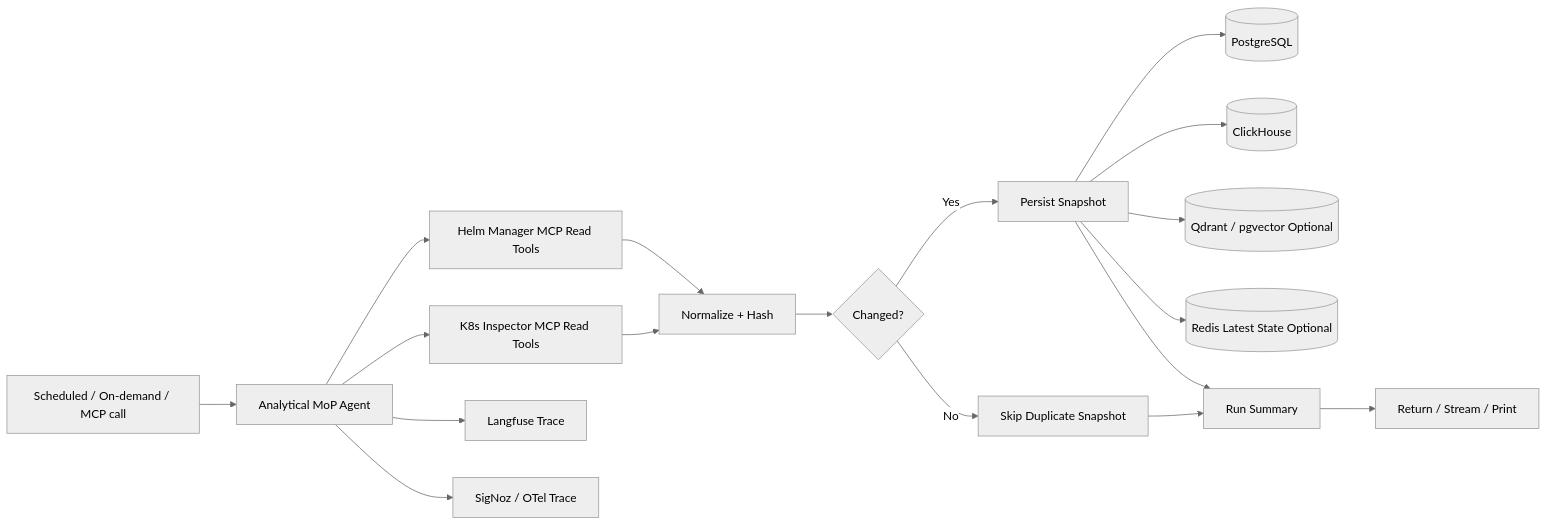
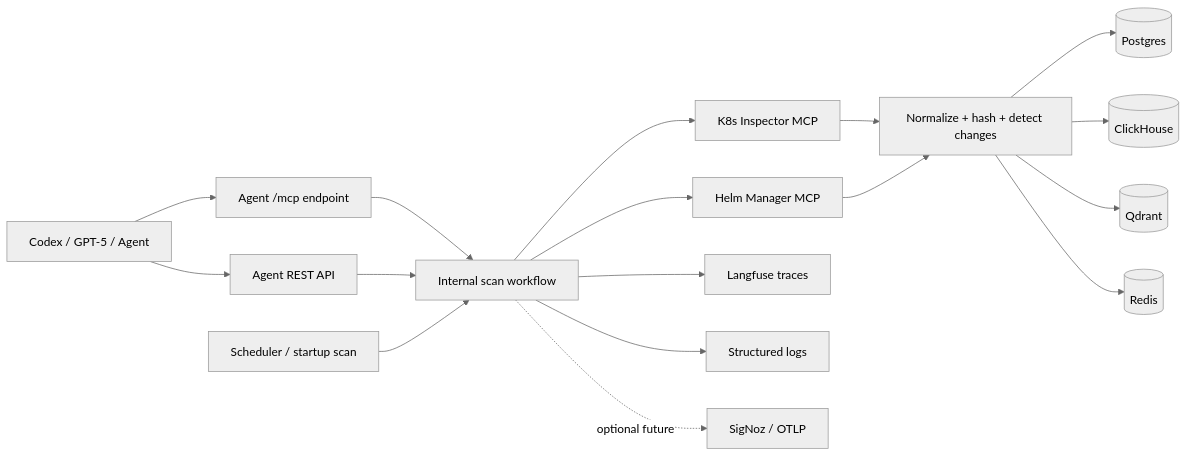
One commit to aveeshek/bosgenesis-k8s-data-ingestion-agent changed the first of 2 diagrams in docs/01_SPEC_ANALYTICAL_MOP_AGENT.md. Above: the diagram before and after it, drawn with Mermaid (neutral theme). The commit also changed other lines of this file and 4 other files, not shown here.

````diff
--- a/docs/01_SPEC_ANALYTICAL_MOP_AGENT.md
+++ b/docs/01_SPEC_ANALYTICAL_MOP_AGENT.md
@@ -463,26 +22,24 @@
 ```mermaid
 flowchart LR
-    Trigger[Scheduled / On-demand / MCP call] --> Agent[Analytical MoP Agent]
+    Client["Codex / GPT-5 / Agent"] --> MCP["Agent /mcp endpoint"]
+    Client --> REST["Agent REST API"]
 
-    Agent --> K8S[K8s Inspector MCP Read Tools]
-    Agent --> HELM[Helm Manager MCP Read Tools]
+    MCP --> Workflow["Internal scan workflow"]
+    REST --> Workflow
+    Scheduler["Scheduler / startup scan"] --> Workflow
 
-    K8S --> Normalize[Normalize + Hash]
-    HELM --> Normalize
+    Workflow --> K8S["K8s Inspector MCP"]
+    Workflow --> Helm["Helm Manager MCP"]
 
-    Normalize --> Changed{Changed?}
-    Changed -->|No| Skip[Skip Duplicate Snapshot]
-    Changed -->|Yes| Persist[Persist Snapshot]
+    K8S --> Normalize["Normalize + hash + detect changes"]
+    Helm --> Normalize
 
-    Persist --> PG[(PostgreSQL)]
-    Persist --> CH[(ClickHouse)]
-    Persist --> QD[(Qdrant / pgvector Optional)]
-    Persist --> REDIS[(Redis Latest State Optional)]
+    Normalize --> Postgres[("Postgres")]
+    Normalize --> ClickHouse[("ClickHouse")]
+    Normalize --> Qdrant[("Qdrant")]
+    Normalize --> Redis[("Redis")]
 
-    Agent --> LF[Langfuse Trace]
-    Agent --> SZ[SigNoz / OTel Trace]
-
-    Skip --> Summary[Run Summary]
-    Persist --> Summary
-    Summary --> Caller[Return / Stream / Print]
+    Workflow --> Langfuse["Langfuse traces"]
+    Workflow --> Logs["Structured logs"]
+    Workflow -. "optional future" .-> Signoz["SigNoz / OTLP"]
 ```
````
